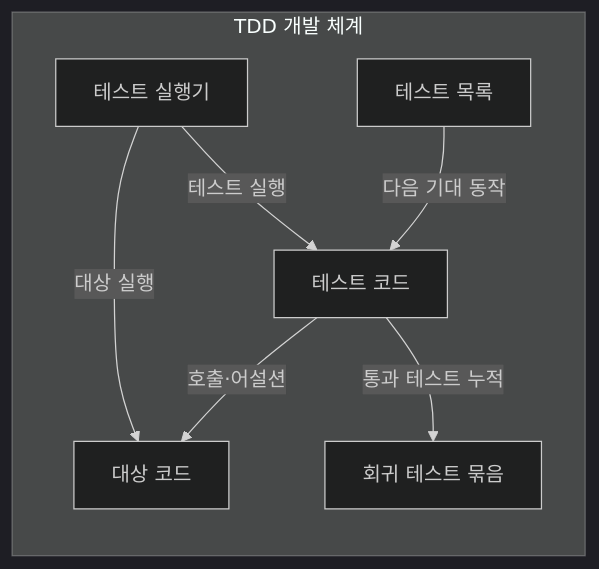
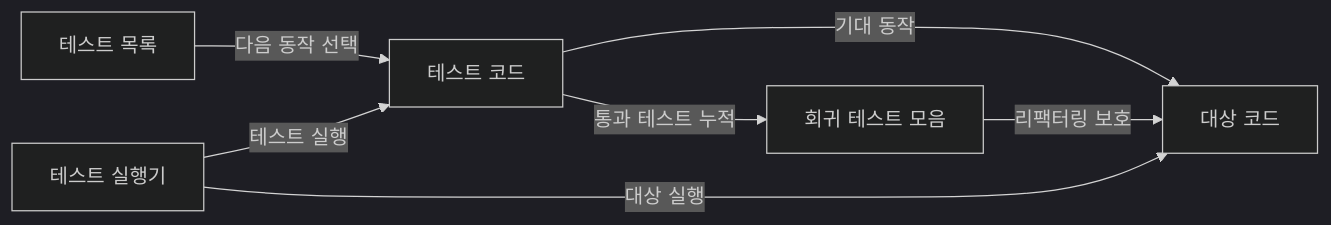
The first of 2 diagrams in src/content/docs/notes/03-software/059_test_driven_development.md (agnusdei1207/knowledge-base), drawn with Mermaid (dark theme) before and after one commit. The commit also changed other lines of this file and 7 other files, not shown here.

````diff
--- a/src/content/docs/notes/03-software/059_test_driven_development.md
+++ b/src/content/docs/notes/03-software/059_test_driven_development.md
@@ -59,15 +55,9 @@
 ```mermaid
 flowchart LR
-    subgraph T[TDD 개발 체계]
-        L[테스트 목록]
-        C[테스트 코드]
-        S[대상 코드]
-        R[테스트 실행기]
-        G[회귀 테스트 묶음]
-        L -->|다음 기대 동작| C
-        C -->|호출·어설션| S
-        R -->|테스트 실행| C
-        R -->|대상 실행| S
-        C -->|통과 테스트 누적| G
-    end
+    L[테스트 목록] -->|다음 동작 선택| T[테스트 코드]
+    T -->|기대 동작| S[대상 코드]
+    R[테스트 실행기] -->|테스트 실행| T
+    R -->|대상 실행| S
+    T -->|통과 테스트 누적| G[회귀 테스트 모음]
+    G -->|리팩터링 보호| S
 ```
````
